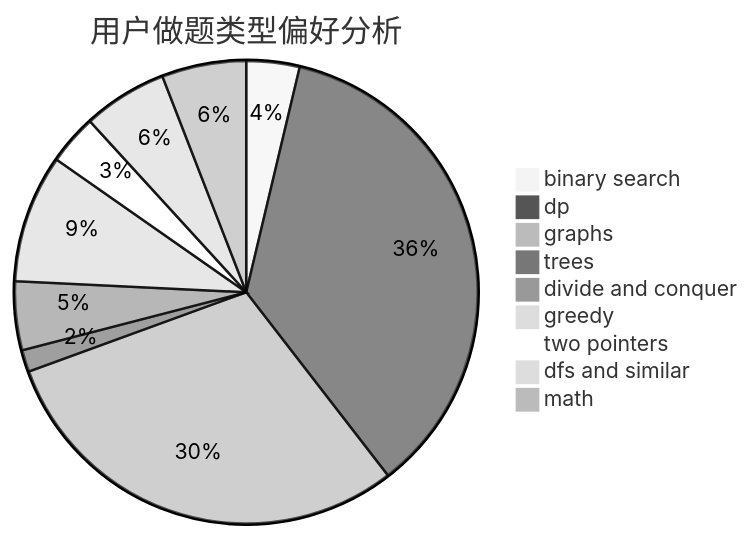
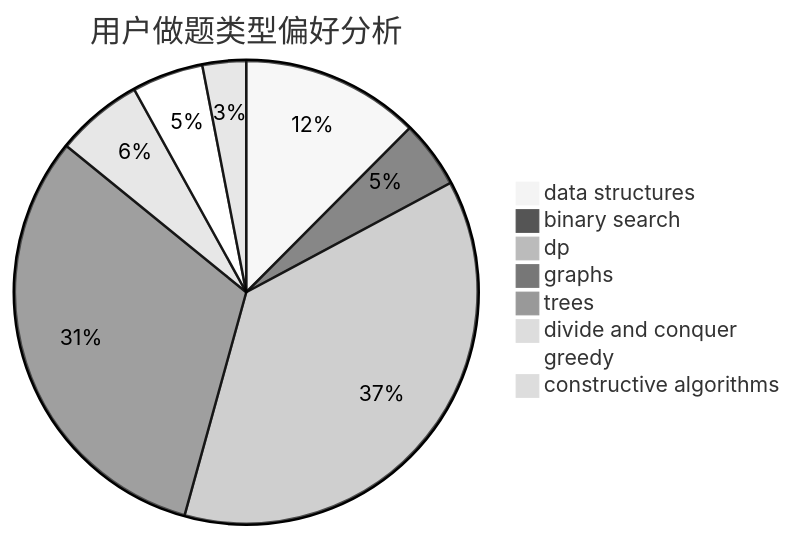
The second of 3 diagrams in docs/user/u2712.md (sherpahu/cfrs.github.io), drawn with Mermaid (neutral theme) before and after one commit. The commit also changed other lines of this file and 2775 other files, not shown here.

````diff
--- a/docs/user/u2712.md
+++ b/docs/user/u2712.md
@@ -23,12 +23,11 @@
 ```mermaid
 pie title 用户做题类型偏好分析
+    "data structures" :  45
     "binary search" :  17
-    "dp" :  164
-    "graphs" :  137
-    "trees" :  7
+    "dp" :  134
+    "graphs" :  114
+    "trees" :  2
     "divide and conquer" :  22
-    "greedy" :  41
-    "two pointers" :  16
-    "dfs and similar" :  27
-    "math" :  27
+    "greedy" :  18
+    "constructive algorithms" :  11
 ```
````
